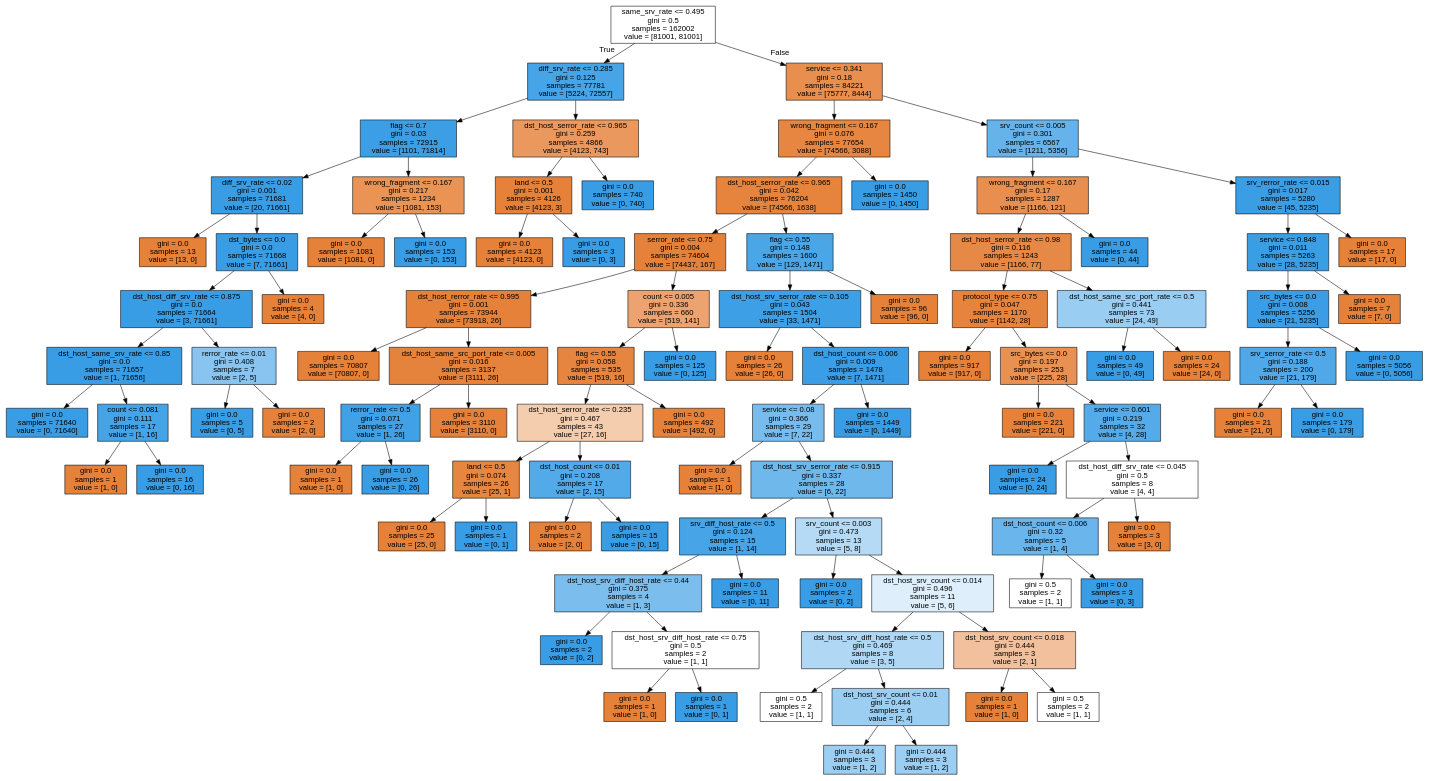
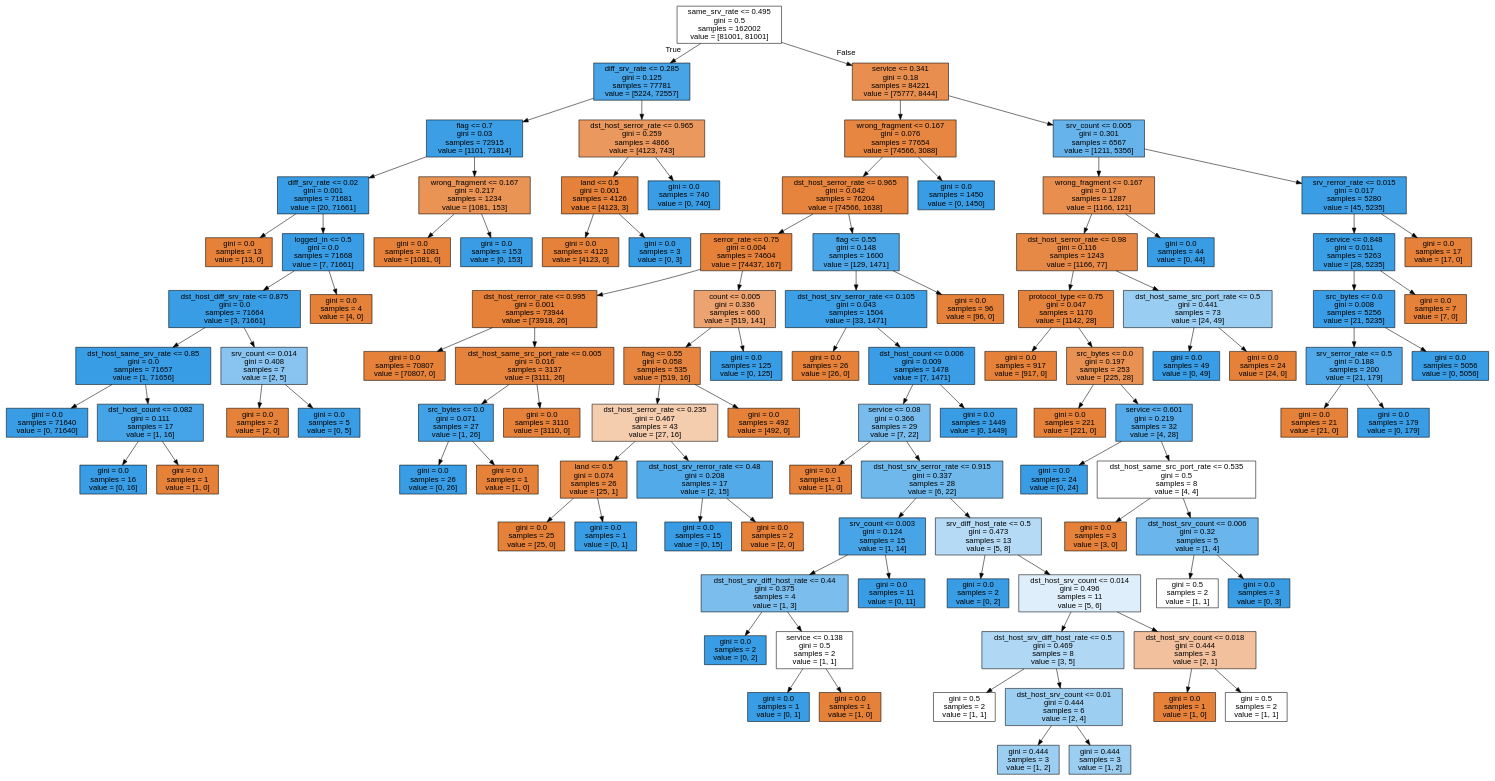
Before and after one commit to Abir-Ba/2CS_Project: the diagram in tree.dot, drawn with Graphviz. The commit also changed 7 other files, not shown here.

```diff
--- a/tree.dot
+++ b/tree.dot
@@ -10,7 +10,7 @@
 2 -> 3 ;
 4 [label="gini = 0.0\nsamples = 13\nvalue = [13, 0]", fillcolor="#e58139"] ;
 3 -> 4 ;
-5 [label="dst_bytes <= 0.0\ngini = 0.0\nsamples = 71668\nvalue = [7, 71661]", fillcolor="#399de5"] ;
+5 [label="logged_in <= 0.5\ngini = 0.0\nsamples = 71668\nvalue = [7, 71661]", fillcolor="#399de5"] ;
 3 -> 5 ;
 6 [label="dst_host_diff_srv_rate <= 0.875\ngini = 0.0\nsamples = 71664\nvalue = [3, 71661]", fillcolor="#399de5"] ;
 5 -> 6 ;
@@ -18,17 +18,17 @@
 6 -> 7 ;
 8 [label="gini = 0.0\nsamples = 71640\nvalue = [0, 71640]", fillcolor="#399de5"] ;
 7 -> 8 ;
-9 [label="count <= 0.081\ngini = 0.111\nsamples = 17\nvalue = [1, 16]", fillcolor="#45a3e7"] ;
+9 [label="dst_host_count <= 0.082\ngini = 0.111\nsamples = 17\nvalue = [1, 16]", fillcolor="#45a3e7"] ;
 7 -> 9 ;
-10 [label="gini = 0.0\nsamples = 1\nvalue = [1, 0]", fillcolor="#e58139"] ;
+10 [label="gini = 0.0\nsamples = 16\nvalue = [0, 16]", fillcolor="#399de5"] ;
 9 -> 10 ;
-11 [label="gini = 0.0\nsamples = 16\nvalue = [0, 16]", fillcolor="#399de5"] ;
+11 [label="gini = 0.0\nsamples = 1\nvalue = [1, 0]", fillcolor="#e58139"] ;
 9 -> 11 ;
-12 [label="rerror_rate <= 0.01\ngini = 0.408\nsamples = 7\nvalue = [2, 5]", fillcolor="#88c4ef"] ;
+12 [label="srv_count <= 0.014\ngini = 0.408\nsamples = 7\nvalue = [2, 5]", fillcolor="#88c4ef"] ;
 6 -> 12 ;
-13 [label="gini = 0.0\nsamples = 5\nvalue = [0, 5]", fillcolor="#399de5"] ;
+13 [label="gini = 0.0\nsamples = 2\nvalue = [2, 0]", fillcolor="#e58139"] ;
 12 -> 13 ;
-14 [label="gini = 0.0\nsamples = 2\nvalue = [2, 0]", fillcolor="#e58139"] ;
+14 [label="gini = 0.0\nsamples = 5\nvalue = [0, 5]", fillcolor="#399de5"] ;
 12 -> 14 ;
 15 [label="gini = 0.0\nsamples = 4\nvalue = [4, 0]", fillcolor="#e58139"] ;
 5 -> 15 ;
@@ -62,11 +62,11 @@
 28 -> 29 ;
 30 [label="dst_host_same_src_port_rate <= 0.005\ngini = 0.016\nsamples = 3137\nvalue = [3111, 26]", fillcolor="#e5823b"] ;
 28 -> 30 ;
-31 [label="rerror_rate <= 0.5\ngini = 0.071\nsamples = 27\nvalue = [1, 26]", fillcolor="#41a1e6"] ;
+31 [label="src_bytes <= 0.0\ngini = 0.071\nsamples = 27\nvalue = [1, 26]", fillcolor="#41a1e6"] ;
 30 -> 31 ;
-32 [label="gini = 0.0\nsamples = 1\nvalue = [1, 0]", fillcolor="#e58139"] ;
+32 [label="gini = 0.0\nsamples = 26\nvalue = [0, 26]", fillcolor="#399de5"] ;
 31 -> 32 ;
-33 [label="gini = 0.0\nsamples = 26\nvalue = [0, 26]", fillcolor="#399de5"] ;
+33 [label="gini = 0.0\nsamples = 1\nvalue = [1, 0]", fillcolor="#e58139"] ;
 31 -> 33 ;
 34 [label="gini = 0.0\nsamples = 3110\nvalue = [3110, 0]", fillcolor="#e58139"] ;
 30 -> 34 ;
@@ -82,11 +82,11 @@
 38 -> 39 ;
 40 [label="gini = 0.0\nsamples = 1\nvalue = [0, 1]", fillcolor="#399de5"] ;
 38 -> 40 ;
-41 [label="dst_host_count <= 0.01\ngini = 0.208\nsamples = 17\nvalue = [2, 15]", fillcolor="#53aae8"] ;
+41 [label="dst_host_srv_rerror_rate <= 0.48\ngini = 0.208\nsamples = 17\nvalue = [2, 15]", fillcolor="#53aae8"] ;
 37 -> 41 ;
-42 [label="gini = 0.0\nsamples = 2\nvalue = [2, 0]", fillcolor="#e58139"] ;
+42 [label="gini = 0.0\nsamples = 15\nvalue = [0, 15]", fillcolor="#399de5"] ;
 41 -> 42 ;
-43 [label="gini = 0.0\nsamples = 15\nvalue = [0, 15]", fillcolor="#399de5"] ;
+43 [label="gini = 0.0\nsamples = 2\nvalue = [2, 0]", fillcolor="#e58139"] ;
 41 -> 43 ;
 44 [label="gini = 0.0\nsamples = 492\nvalue = [492, 0]", fillcolor="#e58139"] ;
 36 -> 44 ;
@@ -106,21 +106,21 @@
 50 -> 51 ;
 52 [label="dst_host_srv_serror_rate <= 0.915\ngini = 0.337\nsamples = 28\nvalue = [6, 22]", fillcolor="#6fb8ec"] ;
 50 -> 52 ;
-53 [label="srv_diff_host_rate <= 0.5\ngini = 0.124\nsamples = 15\nvalue = [1, 14]", fillcolor="#47a4e7"] ;
+53 [label="srv_count <= 0.003\ngini = 0.124\nsamples = 15\nvalue = [1, 14]", fillcolor="#47a4e7"] ;
 52 -> 53 ;
 54 [label="dst_host_srv_diff_host_rate <= 0.44\ngini = 0.375\nsamples = 4\nvalue = [1, 3]", fillcolor="#7bbeee"] ;
 53 -> 54 ;
 55 [label="gini = 0.0\nsamples = 2\nvalue = [0, 2]", fillcolor="#399de5"] ;
 54 -> 55 ;
-56 [label="dst_host_srv_diff_host_rate <= 0.75\ngini = 0.5\nsamples = 2\nvalue = [1, 1]", fillcolor="#ffffff"] ;
+56 [label="service <= 0.138\ngini = 0.5\nsamples = 2\nvalue = [1, 1]", fillcolor="#ffffff"] ;
 54 -> 56 ;
-57 [label="gini = 0.0\nsamples = 1\nvalue = [1, 0]", fillcolor="#e58139"] ;
+57 [label="gini = 0.0\nsamples = 1\nvalue = [0, 1]", fillcolor="#399de5"] ;
 56 -> 57 ;
-58 [label="gini = 0.0\nsamples = 1\nvalue = [0, 1]", fillcolor="#399de5"] ;
+58 [label="gini = 0.0\nsamples = 1\nvalue = [1, 0]", fillcolor="#e58139"] ;
 56 -> 58 ;
 59 [label="gini = 0.0\nsamples = 11\nvalue = [0, 11]", fillcolor="#399de5"] ;
 53 -> 59 ;
-60 [label="srv_count <= 0.003\ngini = 0.473\nsamples = 13\nvalue = [5, 8]", fillcolor="#b5daf5"] ;
+60 [label="srv_diff_host_rate <= 0.5\ngini = 0.473\nsamples = 13\nvalue = [5, 8]", fillcolor="#b5daf5"] ;
 52 -> 60 ;
 61 [label="gini = 0.0\nsamples = 2\nvalue = [0, 2]", fillcolor="#399de5"] ;
 60 -> 61 ;
@@ -166,16 +166,16 @@
 79 -> 81 ;
 82 [label="gini = 0.0\nsamples = 24\nvalue = [0, 24]", fillcolor="#399de5"] ;
 81 -> 82 ;
-83 [label="dst_host_diff_srv_rate <= 0.045\ngini = 0.5\nsamples = 8\nvalue = [4, 4]", fillcolor="#ffffff"] ;
+83 [label="dst_host_same_src_port_rate <= 0.535\ngini = 0.5\nsamples = 8\nvalue = [4, 4]", fillcolor="#ffffff"] ;
 81 -> 83 ;
-84 [label="dst_host_count <= 0.006\ngini = 0.32\nsamples = 5\nvalue = [1, 4]", fillcolor="#6ab6ec"] ;
+84 [label="gini = 0.0\nsamples = 3\nvalue = [3, 0]", fillcolor="#e58139"] ;
 83 -> 84 ;
-85 [label="gini = 0.5\nsamples = 2\nvalue = [1, 1]", fillcolor="#ffffff"] ;
-84 -> 85 ;
-86 [label="gini = 0.0\nsamples = 3\nvalue = [0, 3]", fillcolor="#399de5"] ;
-84 -> 86 ;
-87 [label="gini = 0.0\nsamples = 3\nvalue = [3, 0]", fillcolor="#e58139"] ;
-83 -> 87 ;
+85 [label="dst_host_srv_count <= 0.006\ngini = 0.32\nsamples = 5\nvalue = [1, 4]", fillcolor="#6ab6ec"] ;
+83 -> 85 ;
+86 [label="gini = 0.5\nsamples = 2\nvalue = [1, 1]", fillcolor="#ffffff"] ;
+85 -> 86 ;
+87 [label="gini = 0.0\nsamples = 3\nvalue = [0, 3]", fillcolor="#399de5"] ;
+85 -> 87 ;
 88 [label="dst_host_same_src_port_rate <= 0.5\ngini = 0.441\nsamples = 73\nvalue = [24, 49]", fillcolor="#9acdf2"] ;
 76 -> 88 ;
 89 [label="gini = 0.0\nsamples = 49\nvalue = [0, 49]", fillcolor="#399de5"] ;
```
